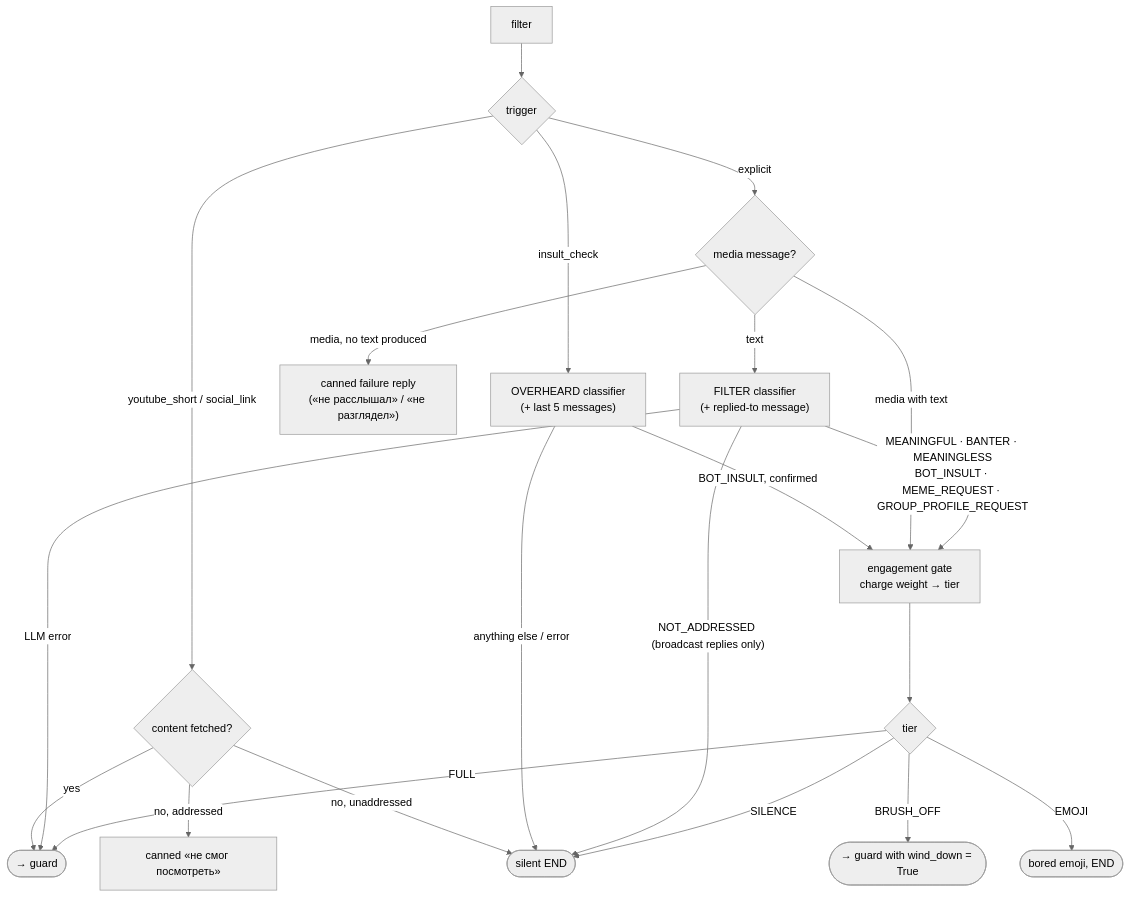
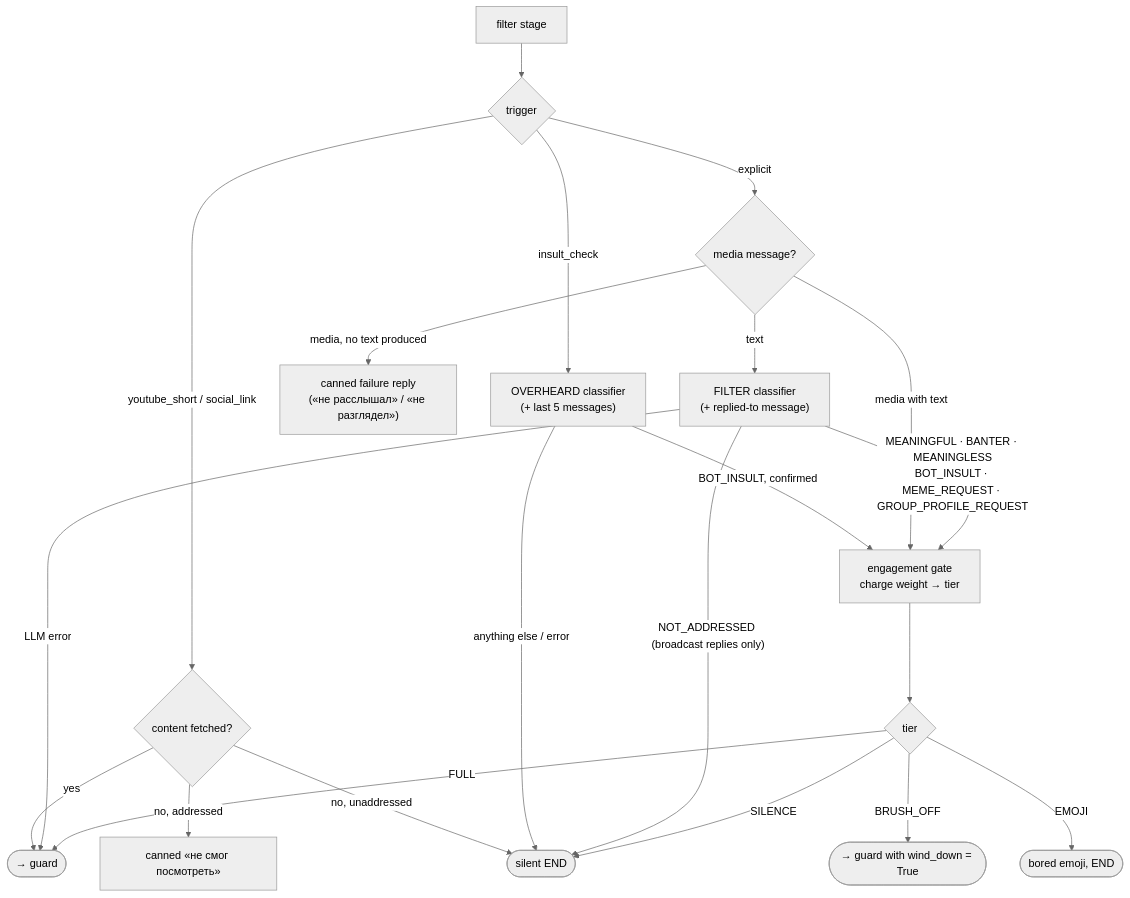
One commit to vsbaldeev/games-chatbot changed the fourth of 10 diagrams in src/pipeline/README.md. Above: the diagram before and after it, drawn with Mermaid (neutral theme). The commit also changed other lines of this file and 17 other files, not shown here.

````diff
--- a/src/pipeline/README.md
+++ b/src/pipeline/README.md
@@ -194,28 +216,28 @@
 ```mermaid
 flowchart TD
-    entry["filter"] --> trig{"trigger"}
+    entry["filter stage"] --> trig{"trigger"}
 
     trig -->|"youtube_short / social_link"| link{"content fetched?"}
     link -->|"yes"| pass(["→ guard"])
     link -->|"no, addressed"| canned["canned «не смог посмотреть»"]
     link -->|"no, unaddressed"| silent(["silent END"])
 
     trig -->|"insult_check"| over["OVERHEARD classifier<br/>(+ last 5 messages)"]
     over -->|"BOT_INSULT, confirmed"| gate
     over -->|"anything else / error"| silent
 
     trig -->|"explicit"| mt{"media message?"}
     mt -->|"media, no text produced"| fail["canned failure reply<br/>(«не расслышал» / «не разглядел»)"]
     mt -->|"media with text"| gate
     mt -->|"text"| cls["FILTER classifier<br/>(+ replied-to message)"]
 
     cls -->|"MEANINGFUL · BANTER · MEANINGLESS<br/>BOT_INSULT · MEME_REQUEST · GROUP_PROFILE_REQUEST"| gate
     cls -->|"NOT_ADDRESSED (broadcast replies only)"| silent
     cls -->|"LLM error"| pass
 
     gate["engagement gate<br/>charge weight → tier"] --> tier{"tier"}
     tier -->|"FULL"| pass
     tier -->|"BRUSH_OFF"| pass_w(["→ guard with wind_down = True"])
     tier -->|"EMOJI"| emoji(["bored emoji, END"])
     tier -->|"SILENCE"| silent
 ```
````
